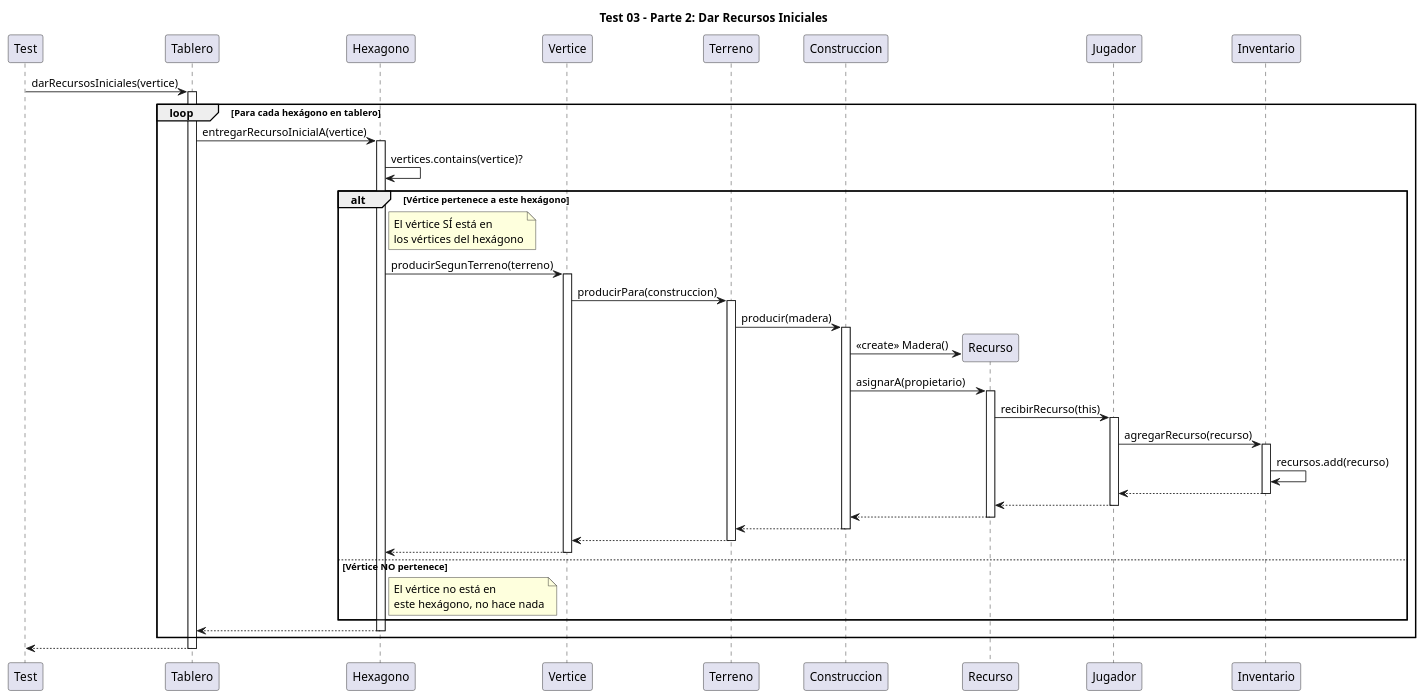
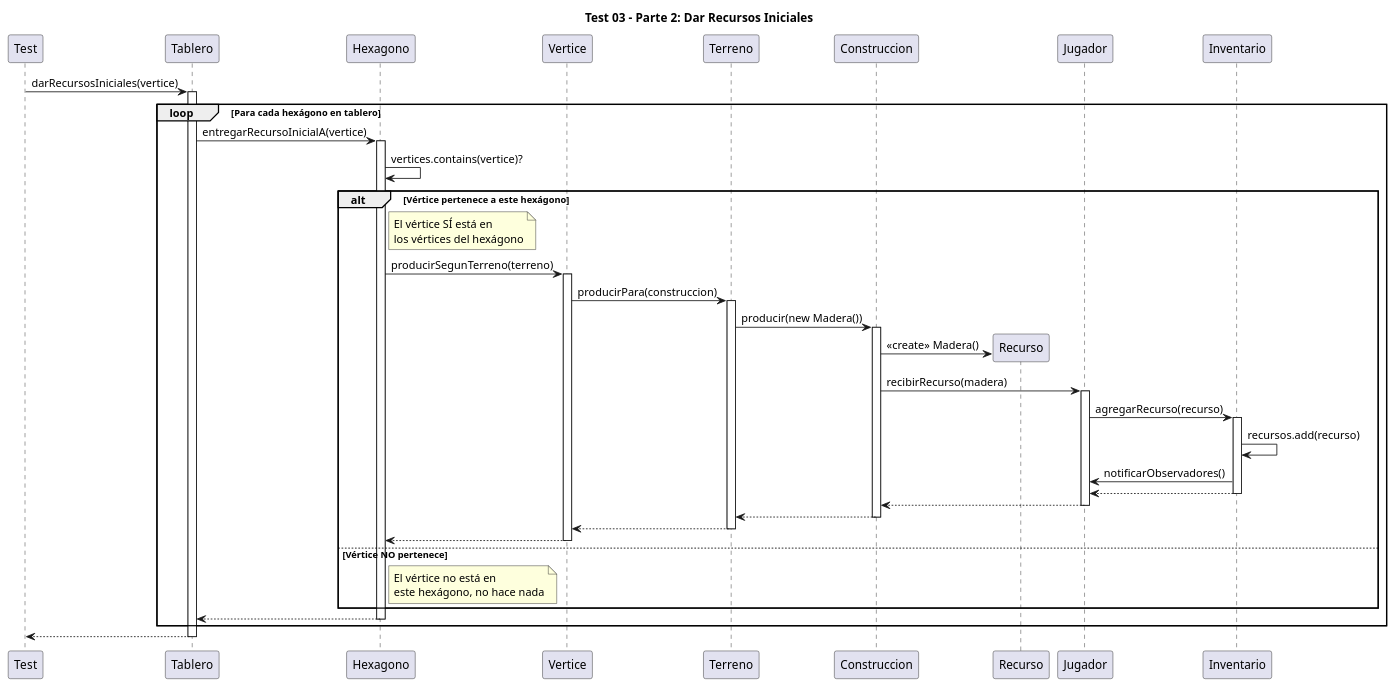
The second of 3 diagrams in diagrams/sequences/test03.puml (ValeSolArroyo/TP2-Catan), drawn with PlantUML before and after one commit. The commit also changed other lines of this file and 8 other files, not shown here.

Commit message:
diagramas actualizados

```diff
--- a/diagrams/sequences/test03.puml
+++ b/diagrams/sequences/test03.puml
@@ -42,73 +50,78 @@
 @startuml
 title Test 03 - Parte 2: Dar Recursos Iniciales
+
+participant Test
+participant Tablero
+participant Hexagono
+participant Vertice
+participant Terreno
+participant Construccion
+participant Recurso
+participant Jugador
+participant Inventario
 
 Test -> Tablero : darRecursosIniciales(vertice)
 activate Tablero
 
 loop Para cada hexágono en tablero
   Tablero -> Hexagono : entregarRecursoInicialA(vertice)
   activate Hexagono
   
   Hexagono -> Hexagono : vertices.contains(vertice)?
   
   alt Vértice pertenece a este hexágono
     note right of Hexagono
       El vértice SÍ está en 
       los vértices del hexágono
     end note
     
     Hexagono -> Vertice : producirSegunTerreno(terreno)
     activate Vertice
     
     Vertice -> Terreno : producirPara(construccion)
     activate Terreno
 
-    Terreno -> Construccion : producir(madera)
+    Terreno -> Construccion : producir(new Madera())
     activate Construccion
     
     Construccion -> Recurso ** : <<create>> Madera()
     
-    Construccion -> Recurso : asignarA(propietario)
-    activate Recurso
-    
-    Recurso -> Jugador : recibirRecurso(this)
+    Construccion -> Jugador : recibirRecurso(madera)
     activate Jugador
     
     Jugador -> Inventario : agregarRecurso(recurso)
     activate Inventario
     
     Inventario -> Inventario : recursos.add(recurso)
+    Inventario -> Jugador : notificarObservadores()
     
     Inventario --> Jugador
     deactivate Inventario
     
-    Jugador --> Recurso
+    Jugador --> Construccion
     deactivate Jugador
-    
-    Recurso --> Construccion
-    deactivate Recurso
     
     Construccion --> Terreno
     deactivate Construccion
     
     Terreno --> Vertice
     deactivate Terreno
     
     Vertice --> Hexagono
     deactivate Vertice
     
   else Vértice NO pertenece
     note right of Hexagono
       El vértice no está en
       este hexágono, no hace nada
     end note
   end
   
   Hexagono --> Tablero
   deactivate Hexagono
 end
 
 Tablero --> Test
 deactivate Tablero
 
 @enduml
```
